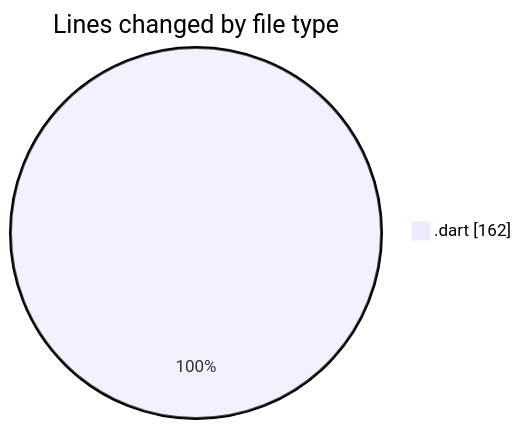
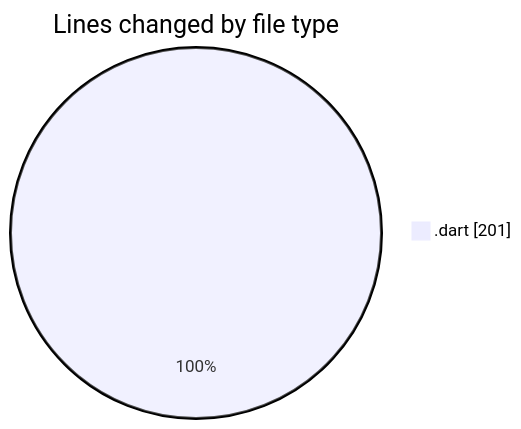
One commit to donsfak/code-tracking changed the first of 2 diagrams in 2025-02-26/drivers_app/README.md. Above: the diagram before and after it, drawn with Mermaid. The commit also changed other lines of this file and 1 other file, not shown here.

````diff
--- a/2025-02-26/drivers_app/README.md
+++ b/2025-02-26/drivers_app/README.md
@@ -25,5 +25,5 @@
 ```mermaid
 pie showData
 title Lines changed by file type
-".dart" : 162
+".dart" : 201
 ```
````
